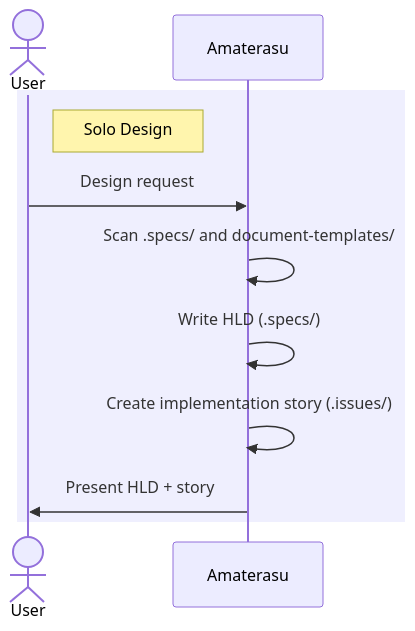
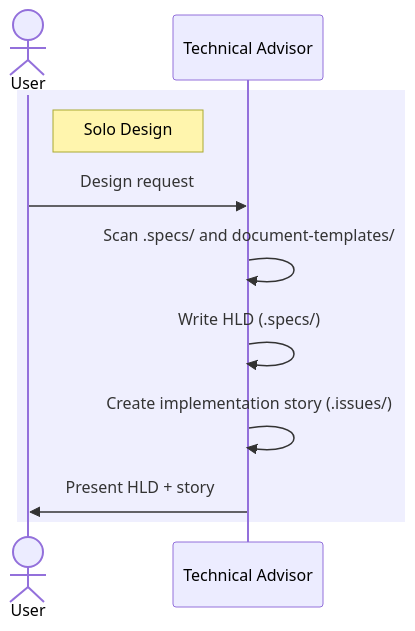
Before and after one commit to dragoscirjan/opencode-config: the third of 6 diagrams in README_DEV.md, drawn with Mermaid. The commit also changed other lines of this file and 105 other files, not shown here.

````diff
--- a/README_DEV.md
+++ b/README_DEV.md
@@ -106,14 +106,14 @@
 ```mermaid
 sequenceDiagram
     actor User
-    participant A as Amaterasu
+    participant TA as Technical Advisor
 
     rect rgb(99, 102, 241, 0.1)
     note right of User: Solo Design
-    User->>A: Design request
-    A->>A: Scan .specs/ and document-templates/
-    A->>A: Write HLD (.specs/)
-    A->>A: Create implementation story (.issues/)
-    A->>User: Present HLD + story
+    User->>TA: Design request
+    TA->>TA: Scan .specs/ and document-templates/
+    TA->>TA: Write HLD (.specs/)
+    TA->>TA: Create implementation story (.issues/)
+    TA->>User: Present HLD + story
     end
 ```
````
